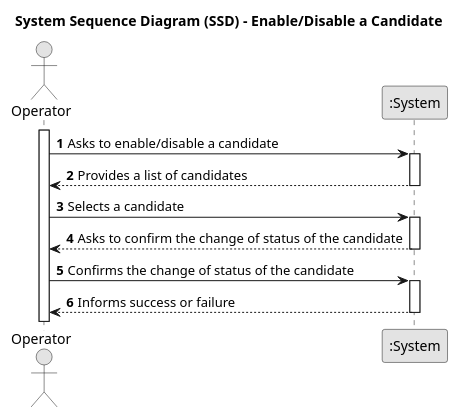
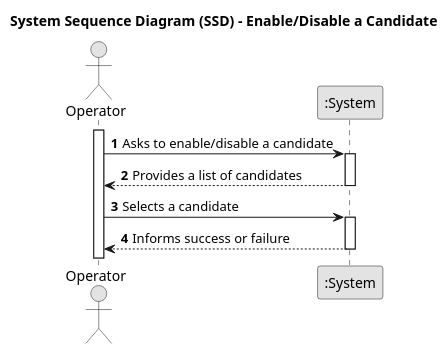
One commit to PureNimble/ISEP-LAPR4 changed the diagram in docs/sprintc/us_2000b/01.requirements-engineering/puml/SSD-US2000b.puml. Above: the diagram before and after it, drawn with PlantUML. The commit also changed 1 other file, not shown here.

```diff
--- a/docs/sprintc/us_2000b/01.requirements-engineering/puml/SSD-US2000b.puml
+++ b/docs/sprintc/us_2000b/01.requirements-engineering/puml/SSD-US2000b.puml
@@ -1,36 +1,29 @@
 @startuml
 skinparam monochrome true
 skinparam packageStyle rectangle
 skinparam shadowing false
 
 title System Sequence Diagram (SSD) - Enable/Disable a Candidate
 
 autonumber
 
 actor "Operator" as Operator
 participant ":System" as System
 
 activate Operator
 
     Operator -> System : Asks to enable/disable a candidate
     activate System
 
         System --> Operator : Provides a list of candidates
 
     deactivate System
 
     Operator -> System : Selects a candidate
     activate System
 
-        System --> Operator : Asks to confirm the change of status of the candidate
-
-    deactivate System
-
-    Operator -> System : Confirms the change of status of the candidate
-    activate System
-
         System --> Operator : Informs success or failure
 
     deactivate System
 
 @enduml
```
